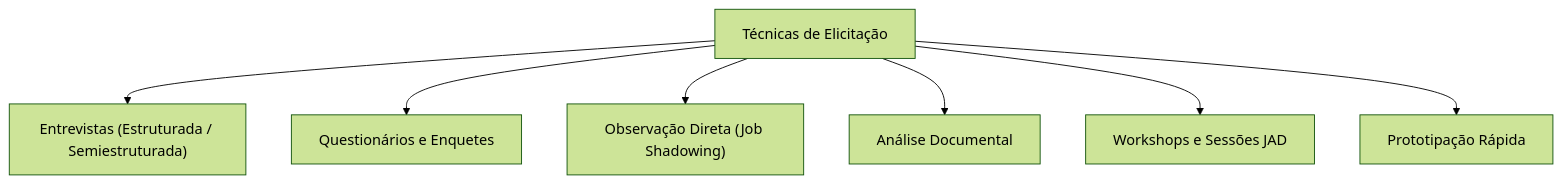
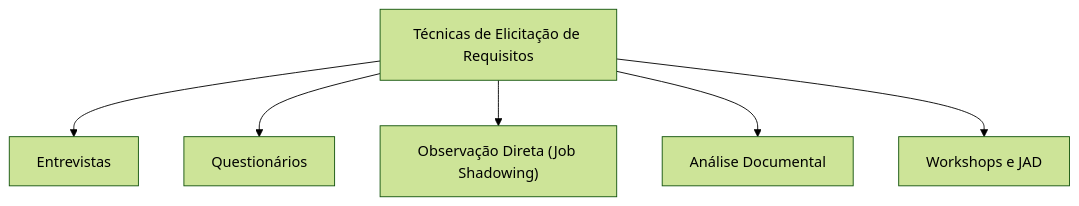
The eighth of 25 diagrams in 4º Semestre/[Prof. Wesley Soares] Engenharia de Software II/Resumos-IA/Caderno-Consolidado.md (murilolol/unifef), drawn with Mermaid (forest theme) before and after one commit. The commit also changed other lines of this file and 18 other files, not shown here.

````diff
--- a/4º Semestre/[Prof. Wesley Soares] Engenharia de Software II/Resumos-IA/Caderno-Consolidado.md
+++ b/4º Semestre/[Prof. Wesley Soares] Engenharia de Software II/Resumos-IA/Caderno-Consolidado.md
@@ -292,10 +483,9 @@
 ```mermaid
 flowchart TD
-    T["Técnicas de Elicitação"]
-    T --> E["Entrevistas (Estruturada / Semiestruturada)"]
-    T --> Q["Questionários e Enquetes"]
-    T --> O["Observação Direta (Job Shadowing)"]
-    T --> AD["Análise Documental"]
-    T --> W["Workshops e Sessões JAD"]
-    T --> P["Prototipação Rápida"]
+    TT["Técnicas de Elicitação de Requisitos"]
+    TT --> E["Entrevistas"]
+    TT --> Q["Questionários"]
+    TT --> O["Observação Direta (Job Shadowing)"]
+    TT --> AD["Análise Documental"]
+    TT --> W["Workshops e JAD"]
 ```
````
